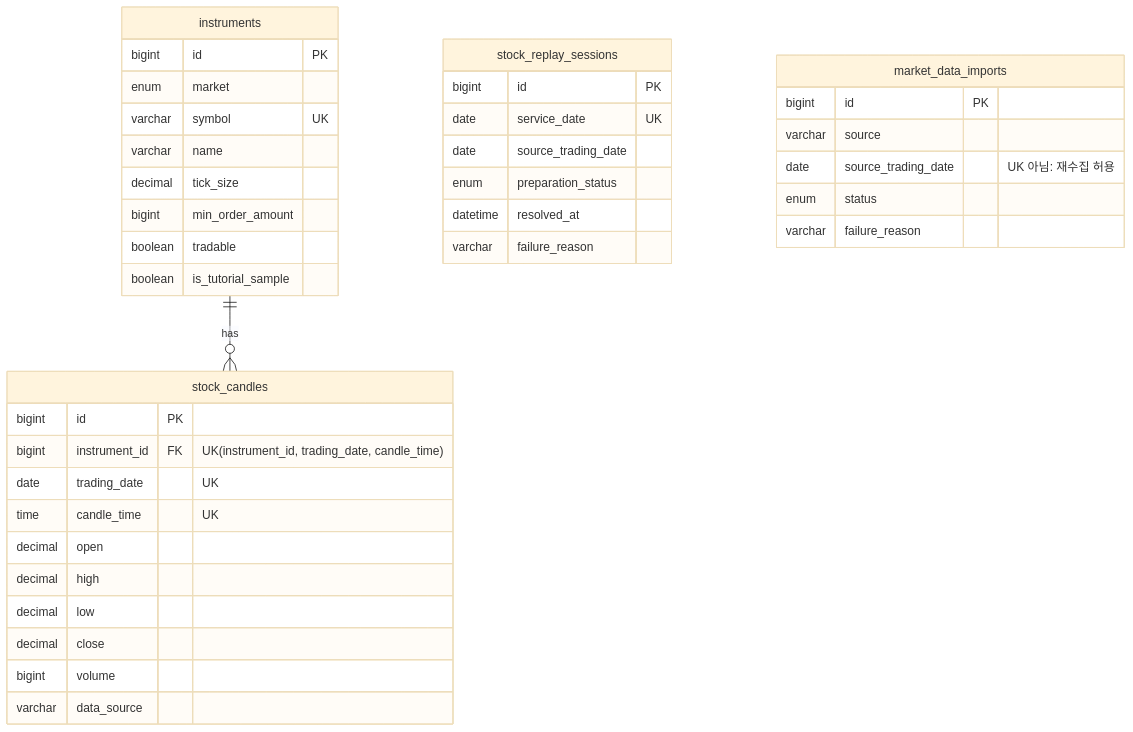
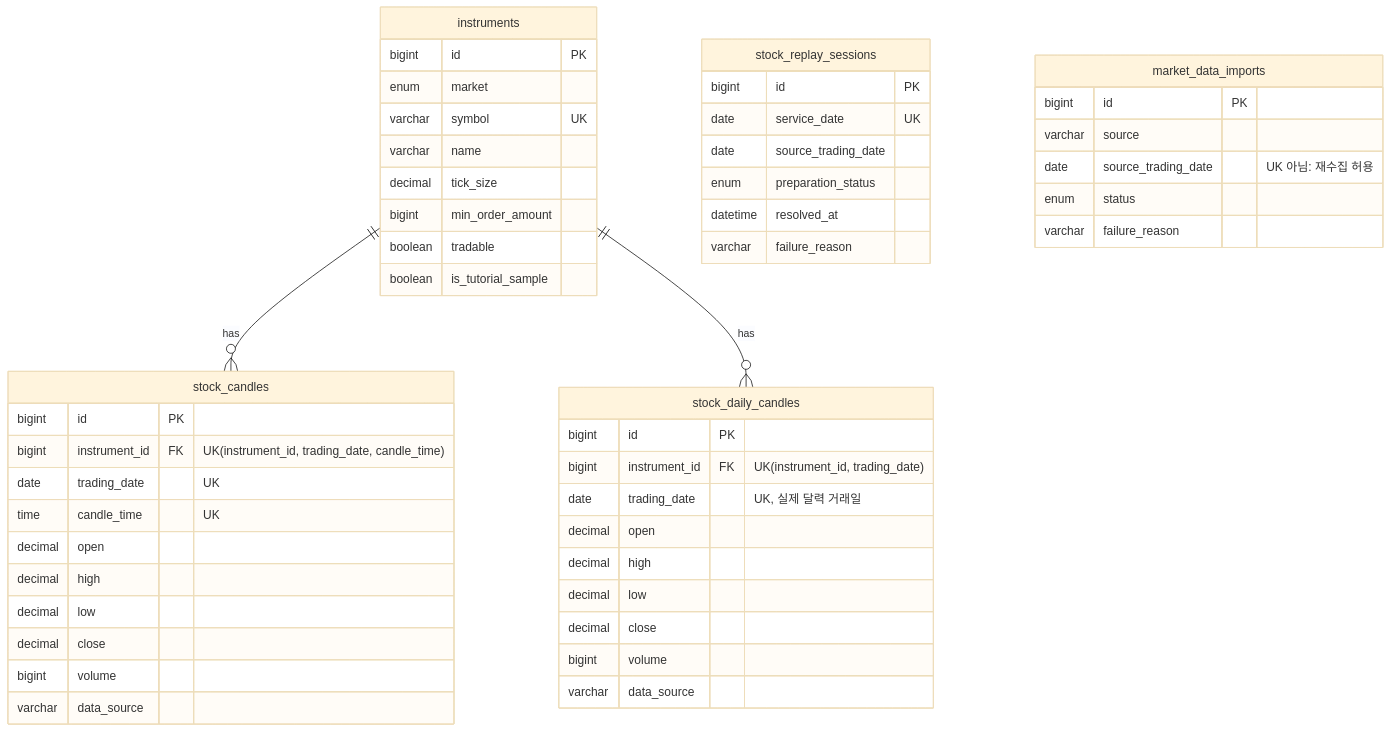
The third of 8 diagrams in docs/erd.md (finplay-team/finplay), drawn with Mermaid (base theme) before and after one commit. The commit also changed other lines of this file and 5 other files, not shown here.

````diff
--- a/docs/erd.md
+++ b/docs/erd.md
@@ -255,42 +256,54 @@
 ```mermaid
 erDiagram
     instruments ||--o{ stock_candles : has
+    instruments ||--o{ stock_daily_candles : has
 
     instruments {
         bigint id PK
         enum market
         varchar symbol UK
         varchar name
         decimal tick_size
         bigint min_order_amount
         boolean tradable
         boolean is_tutorial_sample
     }
     stock_candles {
         bigint id PK
         bigint instrument_id FK "UK(instrument_id, trading_date, candle_time)"
         date trading_date "UK"
         time candle_time "UK"
         decimal open
         decimal high
         decimal low
         decimal close
         bigint volume
         varchar data_source
     }
+    stock_daily_candles {
+        bigint id PK
+        bigint instrument_id FK "UK(instrument_id, trading_date)"
+        date trading_date "UK, 실제 달력 거래일"
+        decimal open
+        decimal high
+        decimal low
+        decimal close
+        bigint volume
+        varchar data_source
+    }
     stock_replay_sessions {
         bigint id PK
         date service_date UK
         date source_trading_date
         enum preparation_status
         datetime resolved_at
         varchar failure_reason
     }
     market_data_imports {
         bigint id PK
         varchar source
         date source_trading_date "UK 아님: 재수집 허용"
         enum status
         varchar failure_reason
     }
 ```
````
